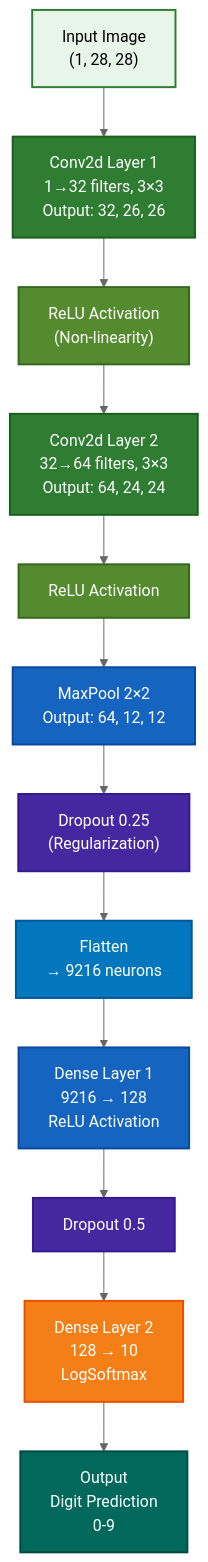
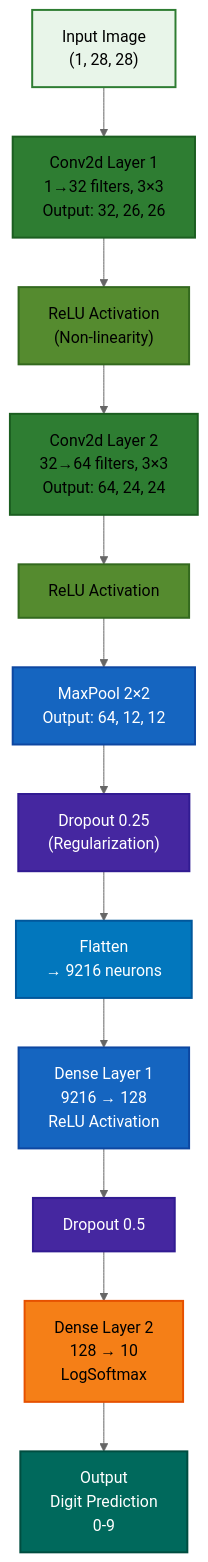
Before and after one commit to VishnuKant0925/MNIST-Digit-Classifier-: the third of 5 diagrams in README.md, drawn with Mermaid (neutral theme). The commit also changed other lines of this file, not shown here.

````diff
--- a/README.md
+++ b/README.md
@@ -296,27 +296,27 @@
 ```mermaid
 graph TD
     A["Input Image<br/>(1, 28, 28)"] --> B["Conv2d Layer 1<br/>1→32 filters, 3×3<br/>Output: 32, 26, 26"]
     B --> C["ReLU Activation<br/>(Non-linearity)"]
     C --> D["Conv2d Layer 2<br/>32→64 filters, 3×3<br/>Output: 64, 24, 24"]
     D --> E["ReLU Activation"]
     E --> F["MaxPool 2×2<br/>Output: 64, 12, 12"]
     F --> G["Dropout 0.25<br/>(Regularization)"]
     G --> H["Flatten<br/>→ 9216 neurons"]
     H --> I["Dense Layer 1<br/>9216 → 128<br/>ReLU Activation"]
     I --> J["Dropout 0.5"]
     J --> K["Dense Layer 2<br/>128 → 10<br/>LogSoftmax"]
     K --> L["Output<br/>Digit Prediction<br/>0-9"]
 
     style A fill:#E8F5E9,stroke:#2E7D32,stroke-width:2px,color:#000
-    style B fill:#2E7D32,stroke:#1B5E20,stroke-width:2px,color:#fff
-    style C fill:#558B2F,stroke:#33691E,stroke-width:2px,color:#fff
-    style D fill:#2E7D32,stroke:#1B5E20,stroke-width:2px,color:#fff
-    style E fill:#558B2F,stroke:#33691E,stroke-width:2px,color:#fff
+    style B fill:#2E7D32,stroke:#1B5E20,stroke-width:2px,color:#000
+    style C fill:#558B2F,stroke:#33691E,stroke-width:2px,color:#000
+    style D fill:#2E7D32,stroke:#1B5E20,stroke-width:2px,color:#000
+    style E fill:#558B2F,stroke:#33691E,stroke-width:2px,color:#000
     style F fill:#1565C0,stroke:#0D47A1,stroke-width:2px,color:#fff
     style G fill:#4527A0,stroke:#311B92,stroke-width:2px,color:#fff
     style H fill:#0277BD,stroke:#01579B,stroke-width:2px,color:#fff
     style I fill:#1565C0,stroke:#0D47A1,stroke-width:2px,color:#fff
     style J fill:#4527A0,stroke:#311B92,stroke-width:2px,color:#fff
-    style K fill:#F57F17,stroke:#E65100,stroke-width:2px,color:#fff
+    style K fill:#F57F17,stroke:#E65100,stroke-width:2px,color:#000
     style L fill:#00695C,stroke:#004D40,stroke-width:2px,color:#fff
 ```
````
